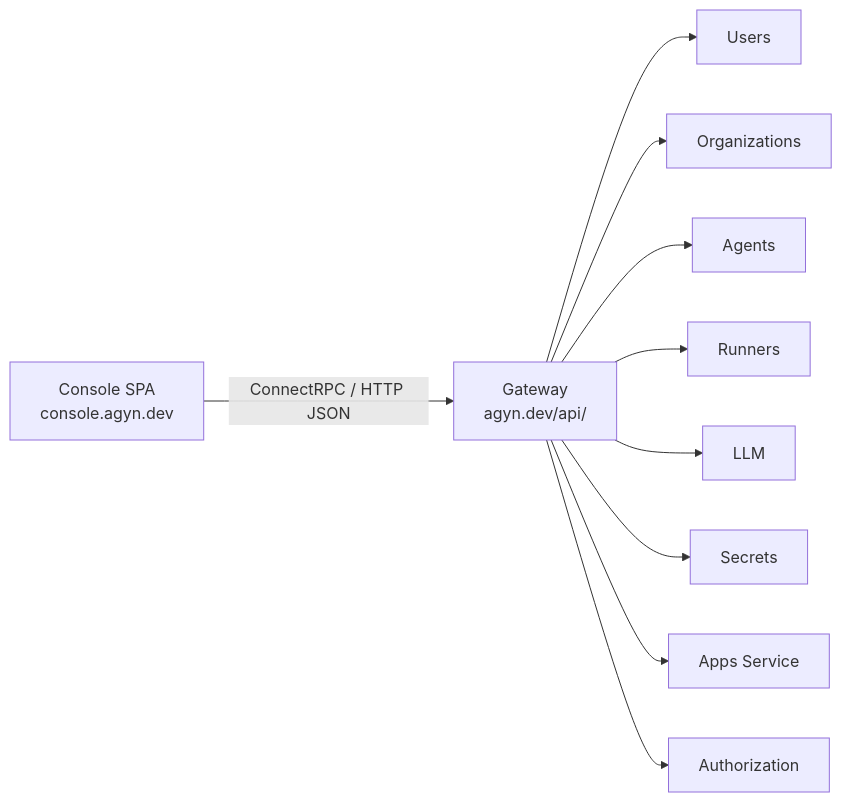
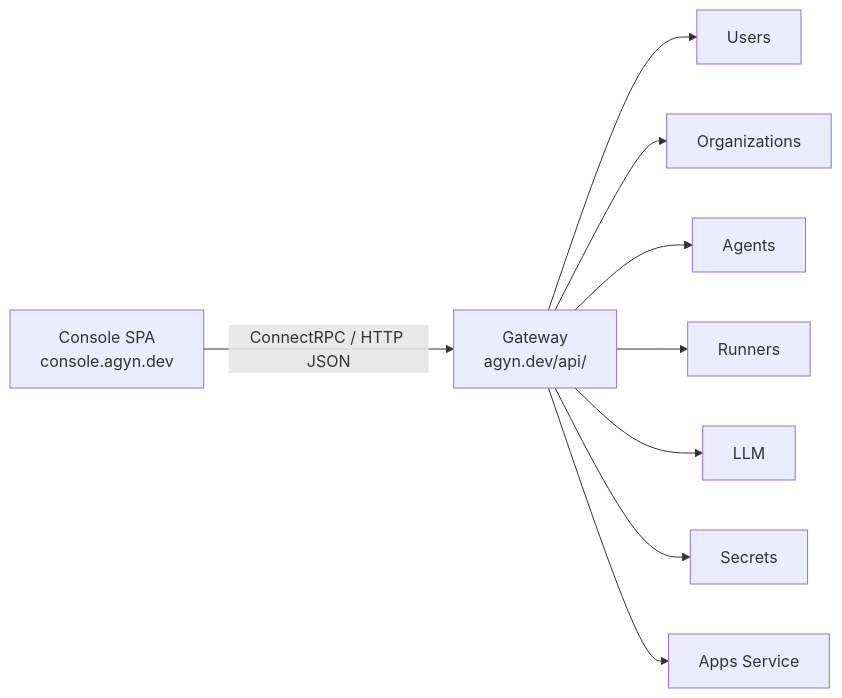
The first of 2 diagrams in architecture/console.md (agynio/architecture), drawn with Mermaid before and after one commit. The commit also changed other lines of this file and 1 other file, not shown here.

````diff
--- a/architecture/console.md
+++ b/architecture/console.md
@@ -11,23 +11,21 @@
 ```mermaid
 graph LR
     Console[Console SPA<br/>console.agyn.dev]
     Gateway[Gateway<br/>agyn.dev/api/]
     Users[Users]
     Orgs[Organizations]
     Agents[Agents]
     Runners[Runners]
     LLMService[LLM]
     Secrets[Secrets]
     Apps[Apps Service]
-    Authz[Authorization]
 
     Console -->|ConnectRPC / HTTP JSON| Gateway
     Gateway --> Users
     Gateway --> Orgs
     Gateway --> Agents
     Gateway --> Runners
     Gateway --> LLMService
     Gateway --> Secrets
     Gateway --> Apps
-    Gateway --> Authz
 ```
````
